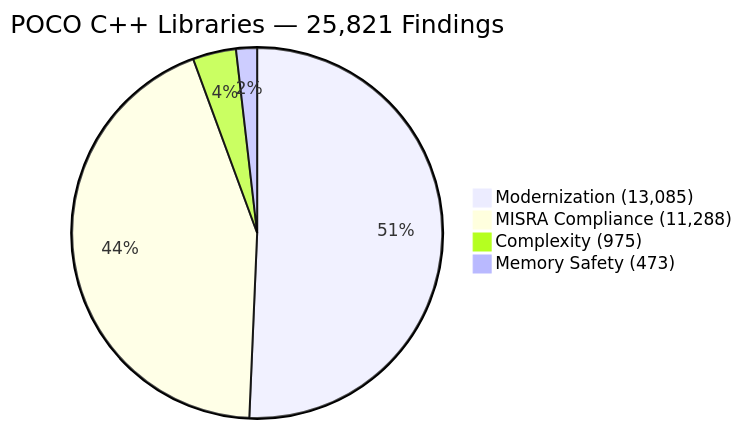
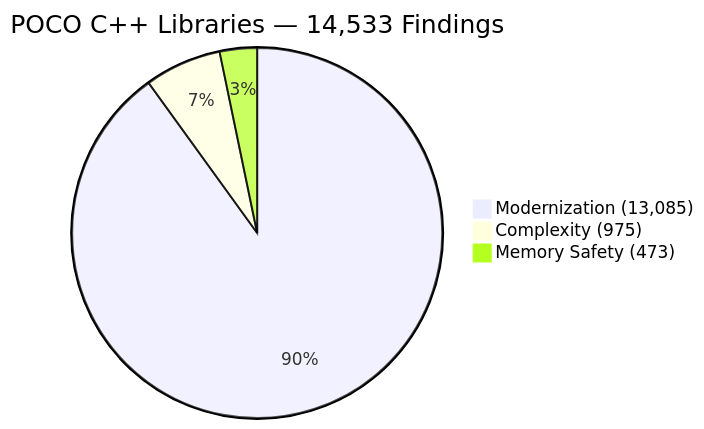
One commit to manju89jay/cppulse changed the second of 2 diagrams in README.md. Above: the diagram before and after it, drawn with Mermaid. The commit also changed other lines of this file and 33 other files, not shown here.

````diff
--- a/README.md
+++ b/README.md
@@ -100,7 +100,6 @@
 ```mermaid
-pie title POCO C++ Libraries — 25,821 Findings
+pie title POCO C++ Libraries — 14,533 Findings
     "Modernization (13,085)" : 13085
-    "MISRA Compliance (11,288)" : 11288
     "Complexity (975)" : 975
     "Memory Safety (473)" : 473
 ```
````
